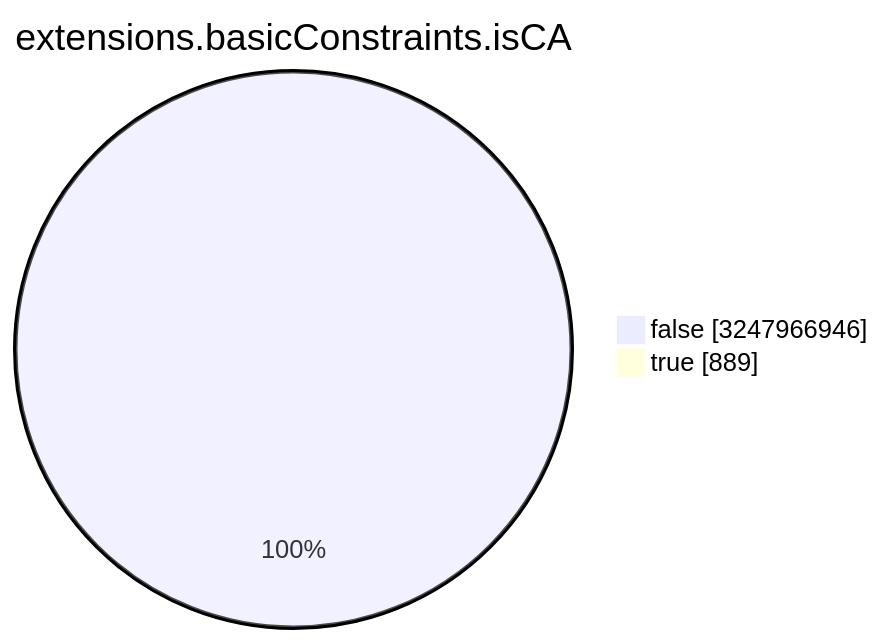
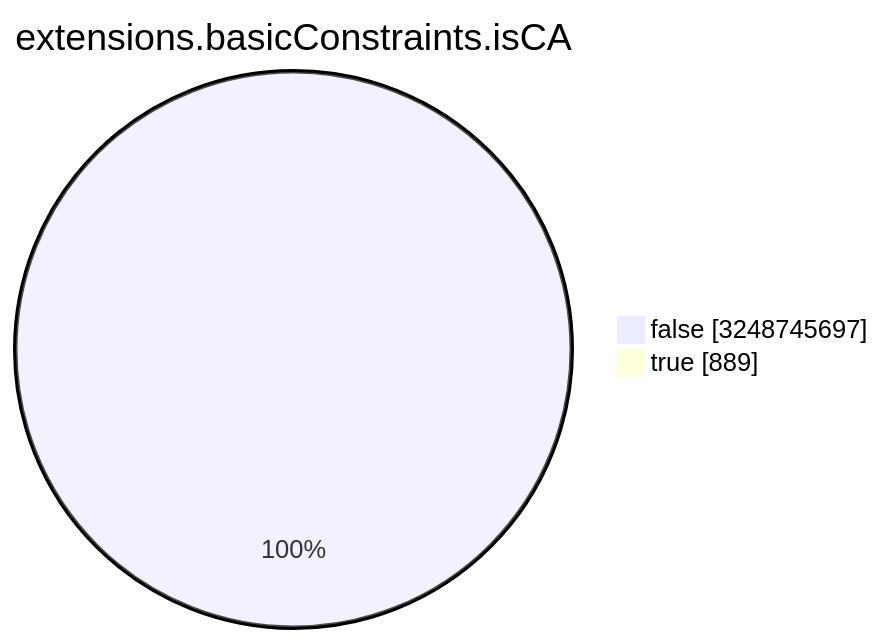
Before and after one commit to christiankrug/ctmonitor_visualization: the seventh of 15 diagrams in TOTAL/README.md, drawn with Mermaid. The commit also changed other lines of this file, not shown here.

````diff
--- a/TOTAL/README.md
+++ b/TOTAL/README.md
@@ -3088,6 +3088,6 @@
 ```mermaid
 pie showData
 title extensions.basicConstraints.isCA
-"false" :3247966946
+"false" :3248745697
 "true" :889
 ```
````
